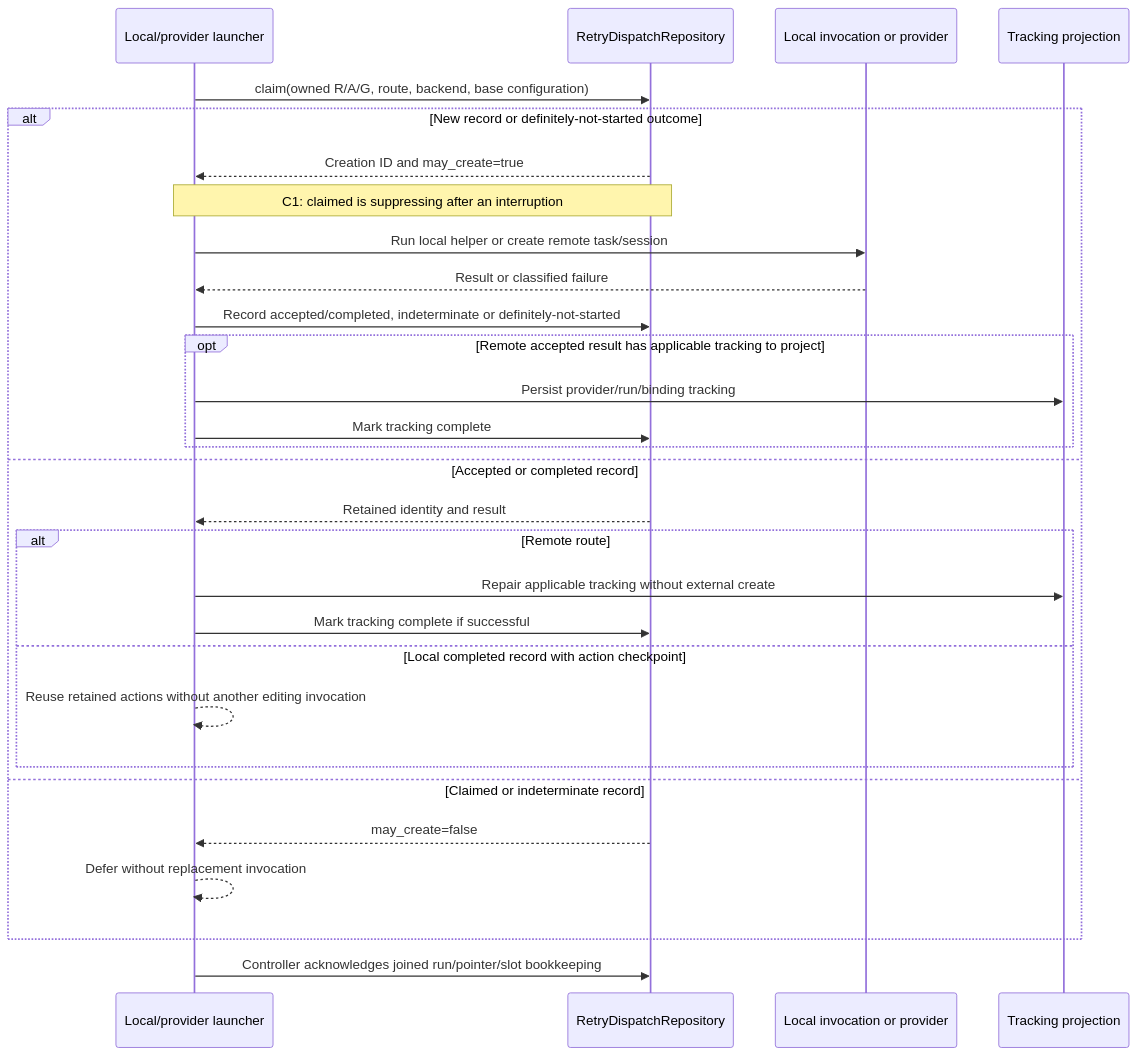
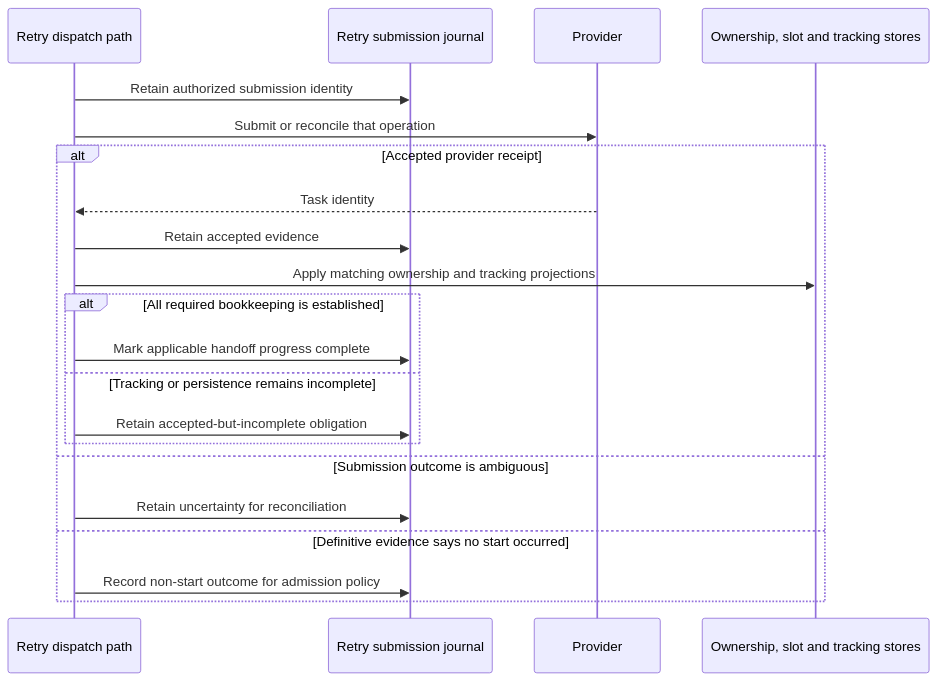
The second of 2 diagrams in docs/architecture/as-is/issue-retry-and-recovery.md (kitamura-tetsuo/auto-coder), drawn with Mermaid before and after one commit. The commit also changed other lines of this file and 14 other files, not shown here.

First line of the commit message:
docs: refresh as-is sequences and map refactoring boundaries

````diff
--- a/docs/architecture/as-is/issue-retry-and-recovery.md
+++ b/docs/architecture/as-is/issue-retry-and-recovery.md
@@ -71,31 +31,23 @@
 ```mermaid
 sequenceDiagram
-    participant H as Local/provider launcher
-    participant D as RetryDispatchRepository
-    participant P as Local invocation or provider
-    participant C as Tracking projection
-    H->>D: claim(owned R/A/G, route, backend, base configuration)
-    alt New record or definitely-not-started outcome
-        D-->>H: Creation ID and may_create=true
-        Note over H,D: C1: claimed is suppressing after an interruption
-        H->>P: Run local helper or create remote task/session
-        P-->>H: Result or classified failure
-        H->>D: Record accepted/completed, indeterminate or definitely-not-started
-        opt Remote accepted result has applicable tracking to project
-            H->>C: Persist provider/run/binding tracking
-            H->>D: Mark tracking complete
+    participant D as Retry dispatch path
+    participant J as Retry submission journal
+    participant P as Provider
+    participant S as Ownership, slot and tracking stores
+    D->>J: Retain authorized submission identity
+    D->>P: Submit or reconcile that operation
+    alt Accepted provider receipt
+        P-->>D: Task identity
+        D->>J: Retain accepted evidence
+        D->>S: Apply matching ownership and tracking projections
+        alt All required bookkeeping is established
+            D->>J: Mark applicable handoff progress complete
+        else Tracking or persistence remains incomplete
+            D->>J: Retain accepted-but-incomplete obligation
         end
-    else Accepted or completed record
-        D-->>H: Retained identity and result
-        alt Remote route
-            H->>C: Repair applicable tracking without external create
-            H->>D: Mark tracking complete if successful
-        else Local completed record with action checkpoint
-            H-->>H: Reuse retained actions without another editing invocation
-        end
-    else Claimed or indeterminate record
-        D-->>H: may_create=false
-        H-->>H: Defer without replacement invocation
+    else Submission outcome is ambiguous
+        D->>J: Retain uncertainty for reconciliation
+    else Definitive evidence says no start occurred
+        D->>J: Record non-start outcome for admission policy
     end
-    H->>D: Controller acknowledges joined run/pointer/slot bookkeeping
 ```
````
